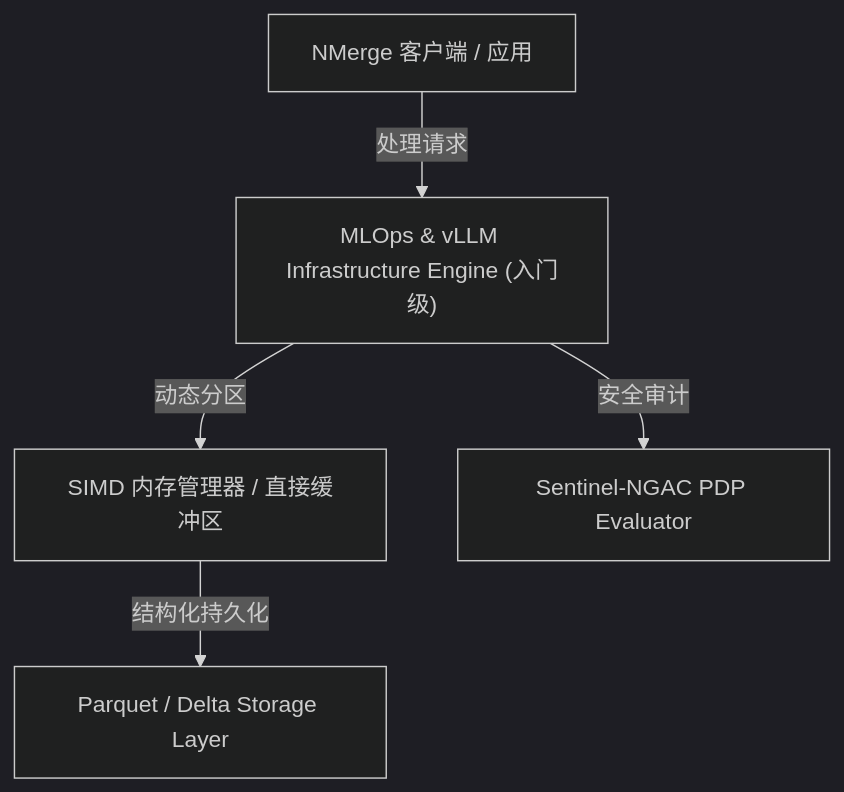
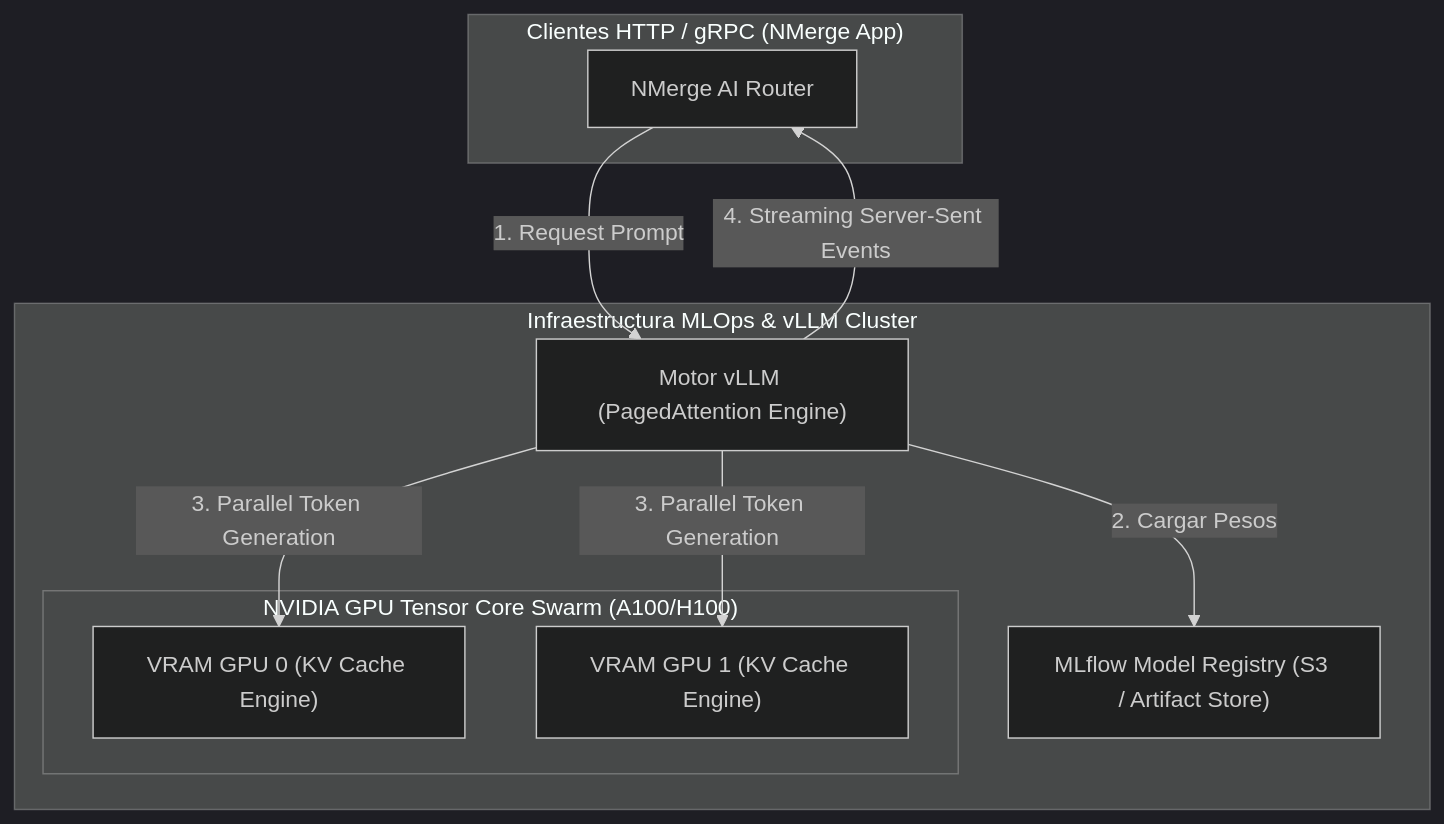
One commit to gjpierp/nmergeia changed the diagram in public/docs/zh/datascience_mlops.md. Above: the diagram before and after it, drawn with Mermaid (dark theme). The commit also changed other lines of this file and 22 other files, not shown here.

````diff
--- a/public/docs/zh/datascience_mlops.md
+++ b/public/docs/zh/datascience_mlops.md
@@ -16,7 +15,21 @@
 ```mermaid
 flowchart TD
-    A["NMerge 客户端 / 应用"] -->|处理请求| B["MLOps & vLLM Infrastructure Engine (入门级)"]
-    B -->|动态分区| C["SIMD 内存管理器 / 直接缓冲区"]
-    C -->|结构化持久化| D["Parquet / Delta Storage Layer"]
-    B -->|安全审计| E["Sentinel-NGAC PDP Evaluator"]
+    subgraph Clients ["Clientes HTTP / gRPC (NMerge App)"]
+        API["NMerge AI Router"]
+    end
+
+    subgraph MLOpsLayer ["Infraestructura MLOps & vLLM Cluster"]
+        vLLM["Motor vLLM (PagedAttention Engine)"]
+        subgraph GPUCluster ["NVIDIA GPU Tensor Core Swarm (A100/H100)"]
+            GPU1["VRAM GPU 0 (KV Cache Engine)"]
+            GPU2["VRAM GPU 1 (KV Cache Engine)"]
+        end
+        MLflow["MLflow Model Registry (S3 / Artifact Store)"]
+    end
+
+    API -->|1. Request Prompt| vLLM
+    vLLM -->|2. Cargar Pesos| MLflow
+    vLLM -->|3. Parallel Token Generation| GPU1
+    vLLM -->|3. Parallel Token Generation| GPU2
+    vLLM -->|4. Streaming Server-Sent Events| API
 ```
````
